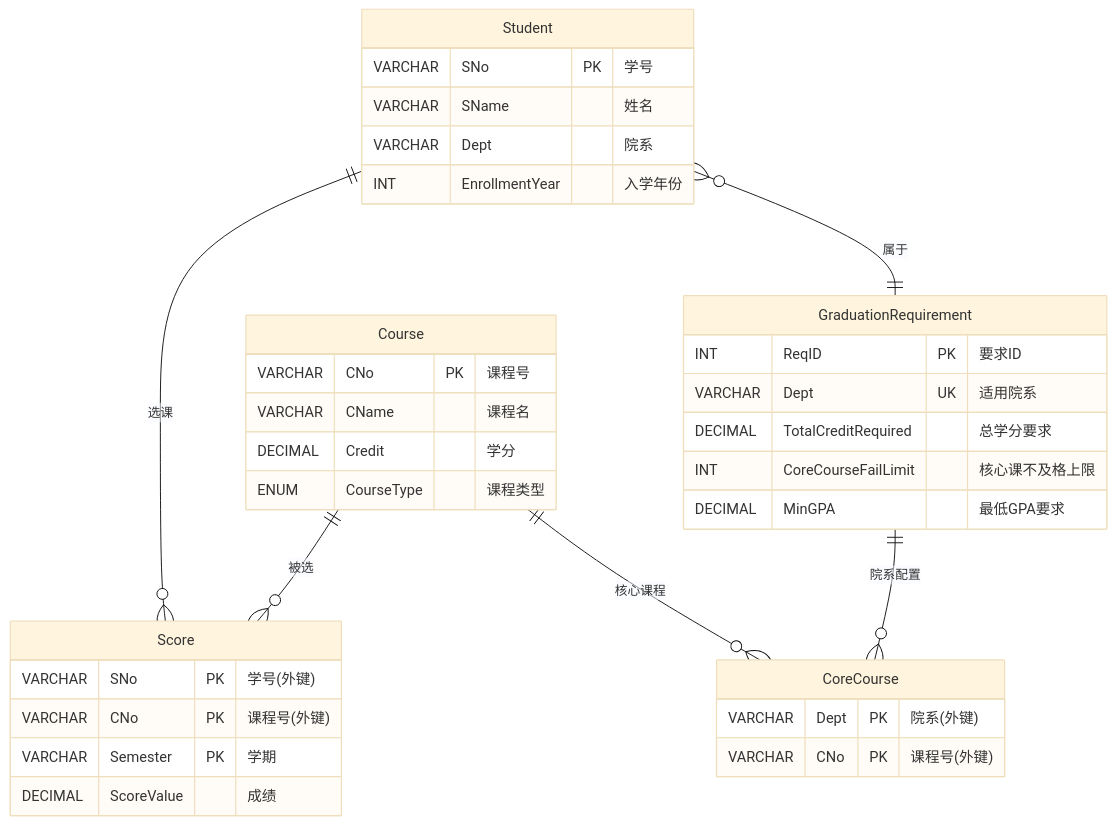
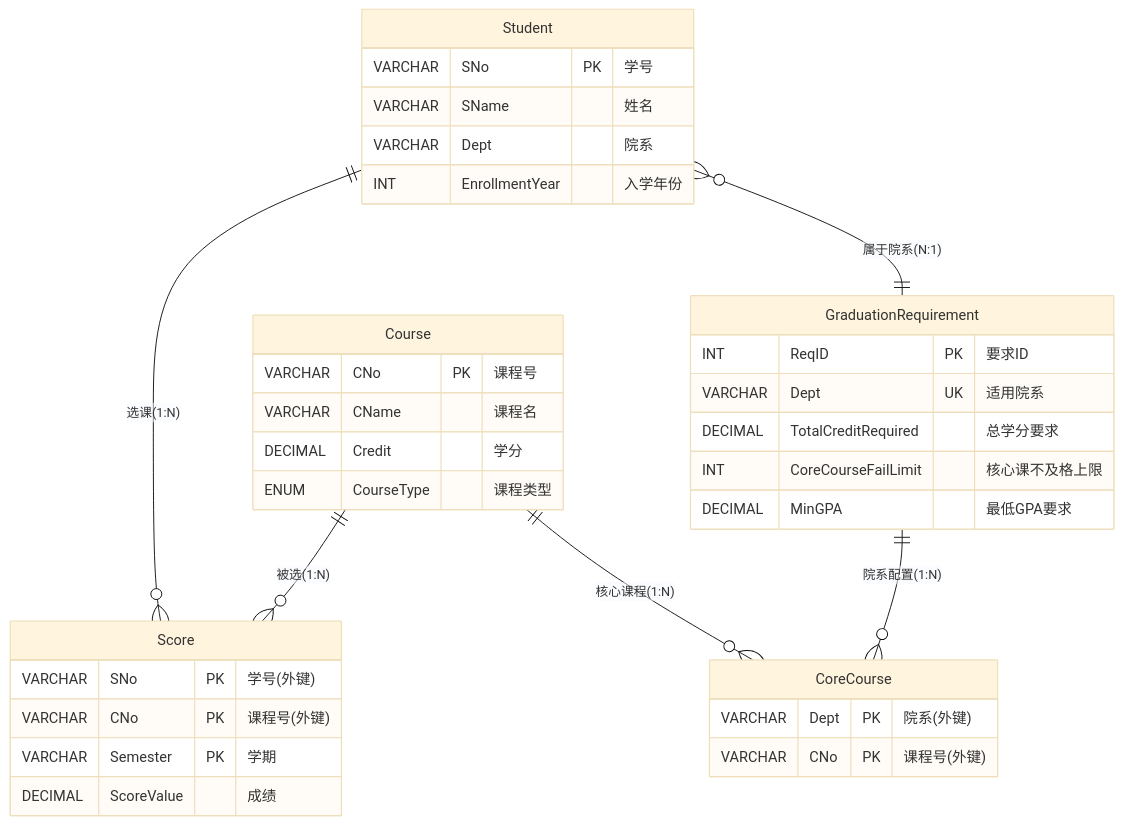
Before and after one commit to windalloy/AcademicWarningSystem: the second of 2 diagrams in ER图.md, drawn with Mermaid (base theme). The commit also changed other lines of this file, not shown here.

````diff
--- a/ER图.md
+++ b/ER图.md
@@ -5,46 +45,46 @@
 ```mermaid
 erDiagram
     %% 核心实体：成绩表（放在中心位置）
     Score {
         VARCHAR SNo PK "学号(外键)"
         VARCHAR CNo PK "课程号(外键)"
         VARCHAR Semester PK "学期"
         DECIMAL ScoreValue "成绩"
     }
     
     %% 主要实体
     Student {
         VARCHAR SNo PK "学号"
         VARCHAR SName "姓名"
         VARCHAR Dept "院系"
         INT EnrollmentYear "入学年份"
     }
     
     Course {
         VARCHAR CNo PK "课程号"
         VARCHAR CName "课程名"
         DECIMAL Credit "学分"
         ENUM CourseType "课程类型"
     }
     
     %% 配置实体
     GraduationRequirement {
         INT ReqID PK "要求ID"
         VARCHAR Dept UK "适用院系"
         DECIMAL TotalCreditRequired "总学分要求"
         INT CoreCourseFailLimit "核心课不及格上限"
         DECIMAL MinGPA "最低GPA要求"
     }
     
     CoreCourse {
         VARCHAR Dept PK "院系(外键)"
         VARCHAR CNo PK "课程号(外键)"
     }
     
-    %% 关系定义：使用简短清晰的标签
-    Student ||--o{ Score : "选课"
-    Course ||--o{ Score : "被选"
-    Student }o--|| GraduationRequirement : "属于"
-    Course ||--o{ CoreCourse : "核心课程"
-    GraduationRequirement ||--o{ CoreCourse : "院系配置"
+    %% 关系定义：明确标注关系类型
+    Student ||--o{ Score : "选课(1:N)"
+    Course ||--o{ Score : "被选(1:N)"
+    Student }o--|| GraduationRequirement : "属于院系(N:1)"
+    Course ||--o{ CoreCourse : "核心课程(1:N)"
+    GraduationRequirement ||--o{ CoreCourse : "院系配置(1:N)"
 ```
````
